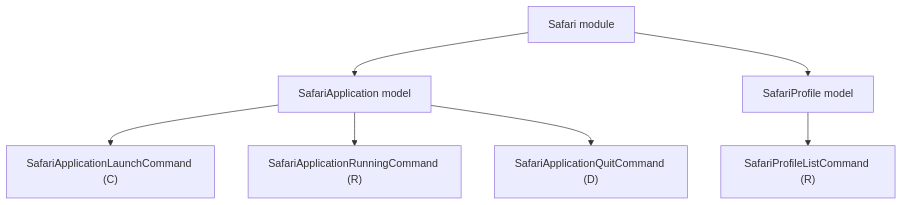
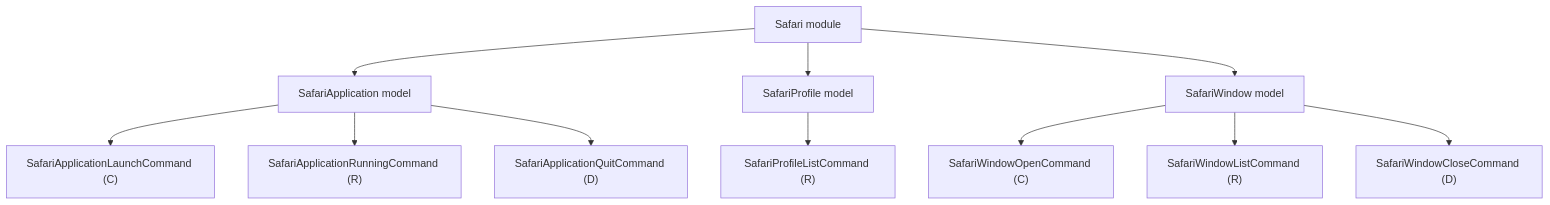
One commit to Glutexo/computer-automation changed the diagram in docs/safari-models.md. Above: the diagram before and after it, drawn with Mermaid. The commit also changed other lines of this file and 11 other files, not shown here.

Commit message:
feat: add safari window model

````diff
--- a/docs/safari-models.md
+++ b/docs/safari-models.md
@@ -20,17 +24,25 @@
 ```mermaid
 flowchart TD
     SafariModule["Safari module"]
     SafariApplication["SafariApplication model"]
     SafariProfile["SafariProfile model"]
+    SafariWindow["SafariWindow model"]
     Launch["SafariApplicationLaunchCommand (C)"]
     Running["SafariApplicationRunningCommand (R)"]
     Quit["SafariApplicationQuitCommand (D)"]
     Profiles["SafariProfileListCommand (R)"]
+    WindowOpen["SafariWindowOpenCommand (C)"]
+    Windows["SafariWindowListCommand (R)"]
+    WindowClose["SafariWindowCloseCommand (D)"]
 
     SafariModule --> SafariApplication
     SafariModule --> SafariProfile
+    SafariModule --> SafariWindow
     SafariApplication --> Launch
     SafariApplication --> Running
     SafariApplication --> Quit
     SafariProfile --> Profiles
+    SafariWindow --> WindowOpen
+    SafariWindow --> Windows
+    SafariWindow --> WindowClose
 ```
````
